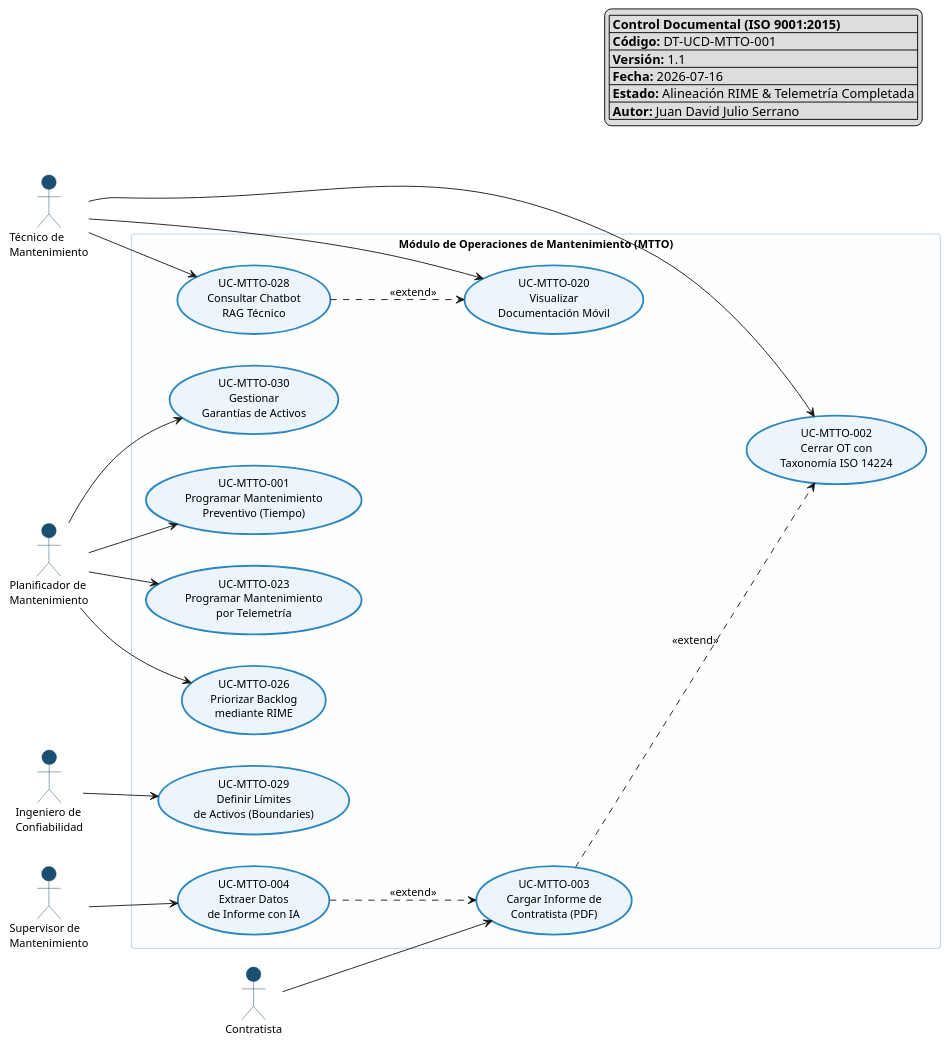
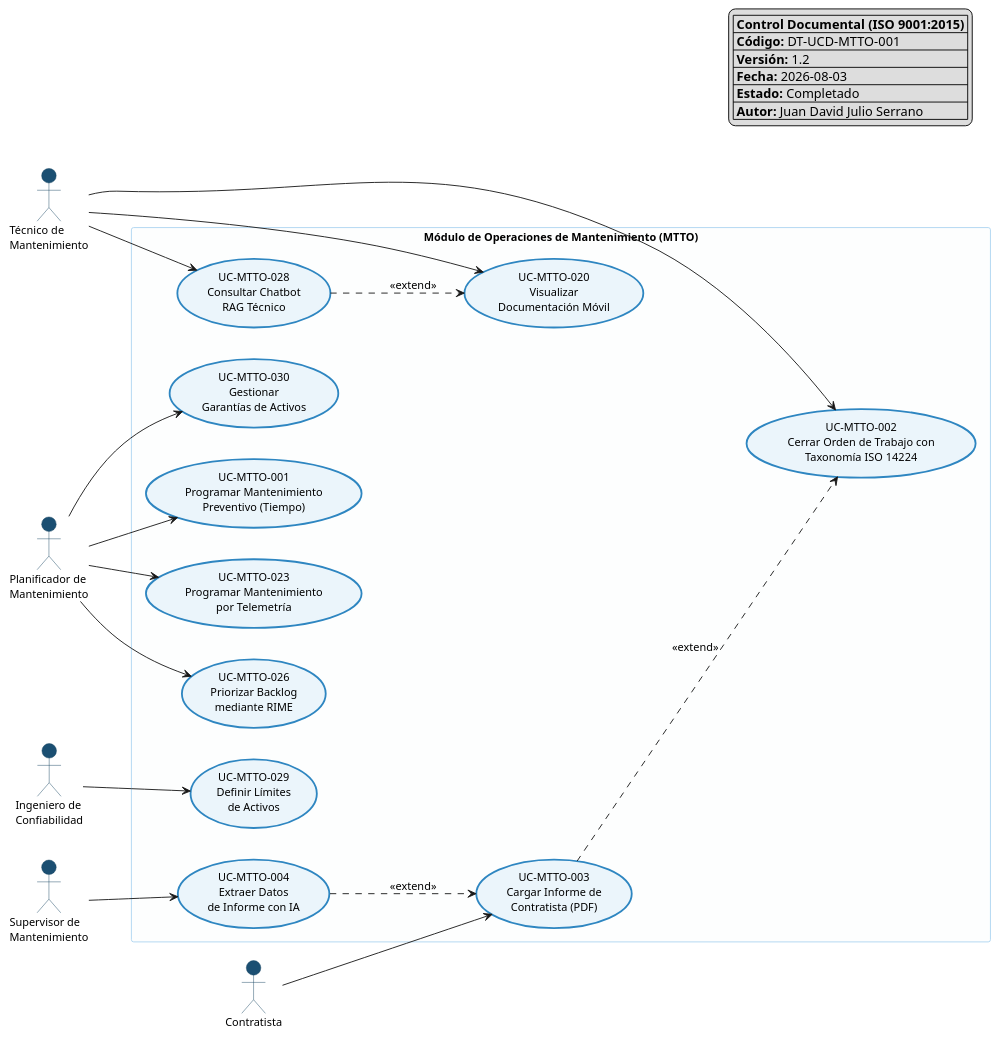
The diagram in domain-models/use-cases/mtto/mtto-use-cases.puml (Novav20/adso-dteam-docs), drawn with PlantUML before and after one commit. The commit also changed 22 other files, not shown here.

```diff
--- a/domain-models/use-cases/mtto/mtto-use-cases.puml
+++ b/domain-models/use-cases/mtto/mtto-use-cases.puml
@@ -1,86 +1,86 @@
 @startuml MTTO-UseCases
 skinparam packageStyle rectangle
 left to right direction
 
 ' --- CONFIGURACIÓN VISUAL ---
 skinparam usecase {
   BackgroundColor #EBF5FB
   BorderColor #2E86C1
   BorderThickness 2
   FontName Segoe UI
   FontSize 12
 }
 skinparam actor {
   BackgroundColor #1B4F72
   BorderColor #154360
   FontName Segoe UI
   FontSize 11
 }
 skinparam package {
   BackgroundColor #FDFEFE
   BorderColor #AED6F1
   FontName Segoe UI
   FontSize 13
   FontStyle bold
 }
 skinparam defaultFontName "Segoe UI"
 skinparam defaultFontSize 12
 
 legend top right
 |= Control Documental (ISO 9001:2015) |
 | **Código:** DT-UCD-MTTO-001 |
-| **Versión:** 1.1 |
-| **Fecha:** 2026-07-16 |
-| **Estado:** Alineación RIME & Telemetría Completada |
+| **Versión:** 1.2 |
+| **Fecha:** 2026-08-03 |
+| **Estado:** Completado |
 | **Autor:** Juan David Julio Serrano |
 endlegend
 
 ' --- ACTORES ---
 actor "Técnico de\nMantenimiento" as Tecnico #1B4F72
 actor "Planificador de\nMantenimiento" as Planificador #1B4F72
 actor "Ingeniero de\nConfiabilidad" as Ingeniero #1B4F72
 actor "Supervisor de\nMantenimiento" as Supervisor #1B4F72
 actor "Contratista" as Contratista #1B4F72
 
 ' --- PAQUETE PRINCIPAL ---
 package "Módulo de Operaciones de Mantenimiento (MTTO)" {
 
   ' Casos de Uso - Planificación y Priorización
   usecase "UC-MTTO-001\nProgramar Mantenimiento\nPreventivo (Tiempo)" as UCMTTO001 #EBF5FB
   usecase "UC-MTTO-023\nProgramar Mantenimiento\npor Telemetría" as UCMTTO023 #EBF5FB
   usecase "UC-MTTO-026\nPriorizar Backlog\nmediante RIME" as UCMTTO026 #EBF5FB
 
   ' Casos de Uso - Ejecución en Campo
-  usecase "UC-MTTO-002\nCerrar OT con\nTaxonomía ISO 14224" as UCMTTO002 #EBF5FB
+  usecase "UC-MTTO-002\nCerrar Orden de Trabajo con\nTaxonomía ISO 14224" as UCMTTO002 #EBF5FB
   usecase "UC-MTTO-003\nCargar Informe de\nContratista (PDF)" as UCMTTO003 #EBF5FB
   usecase "UC-MTTO-004\nExtraer Datos\nde Informe con IA" as UCMTTO004 #EBF5FB
 
   ' Casos de Uso - Consulta y Soporte
   usecase "UC-MTTO-020\nVisualizar\nDocumentación Móvil" as UCMTTO020 #EBF5FB
   usecase "UC-MTTO-028\nConsultar Chatbot\nRAG Técnico" as UCMTTO028 #EBF5FB
 
   ' Casos de Uso - Ingeniería y Confiabilidad
-  usecase "UC-MTTO-029\nDefinir Límites\nde Activos (Boundaries)" as UCMTTO029 #EBF5FB
+  usecase "UC-MTTO-029\nDefinir Límites\nde Activos" as UCMTTO029 #EBF5FB
   usecase "UC-MTTO-030\nGestionar\nGarantías de Activos" as UCMTTO030 #EBF5FB
 }
 
 ' --- RELACIONES ACTOR - CASO DE USO ---
 Planificador --> UCMTTO001
 Planificador --> UCMTTO023
 Planificador --> UCMTTO026
 Planificador --> UCMTTO030
 
 Tecnico --> UCMTTO002
 Tecnico --> UCMTTO020
 Tecnico --> UCMTTO028
 
 Contratista --> UCMTTO003
 Supervisor --> UCMTTO004
 Ingeniero --> UCMTTO029
 
 ' --- RELACIONES INTER-CASOS DE USO (Include/Extend) ---
 UCMTTO003 ..> UCMTTO002 : <<extend>>
 UCMTTO004 ..> UCMTTO003 : <<extend>>
 UCMTTO028 ..> UCMTTO020 : <<extend>>
 
 @enduml
```
